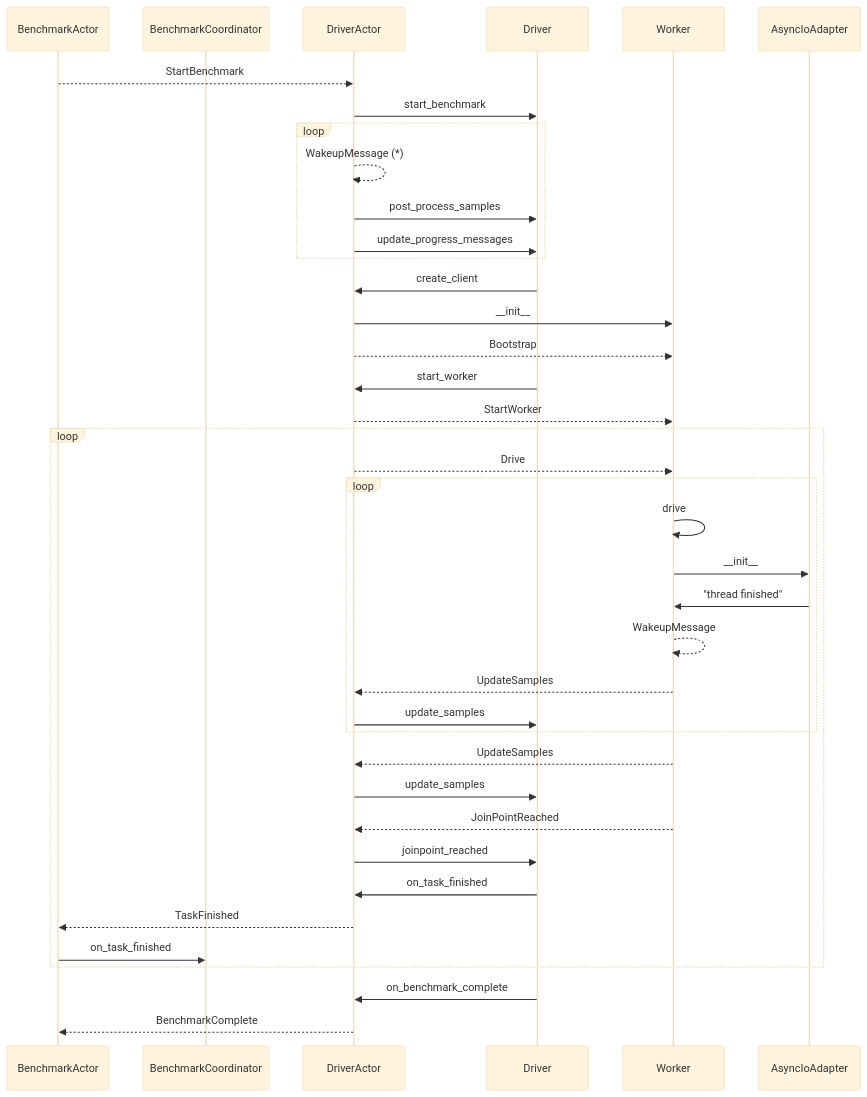
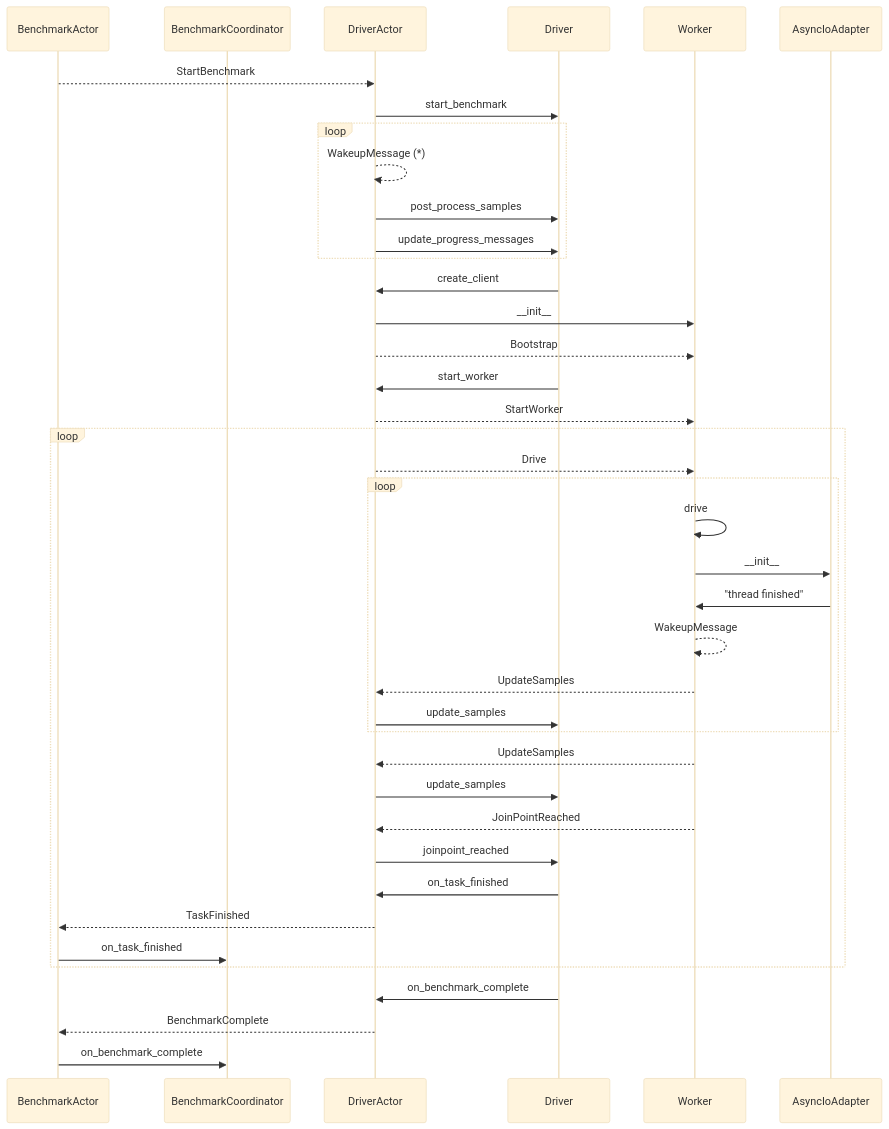
One commit to elastic/rally changed the second of 2 diagrams in docs/architecture/actor_system.md. Above: the diagram before and after it, drawn with Mermaid (base theme). The commit also changed other lines of this file, not shown here.

Commit message:
Add missing BenchmarkCoordinator methods

````diff
--- a/docs/architecture/actor_system.md
+++ b/docs/architecture/actor_system.md
@@ -98,37 +99,38 @@
 ```mermaid
 sequenceDiagram
     participant BenchmarkActor
     participant BenchmarkCoordinator
     BenchmarkActor -->> DriverActor: StartBenchmark
     DriverActor ->> Driver: start_benchmark
     loop
         DriverActor -->> DriverActor: WakeupMessage (*)
         DriverActor ->> Driver: post_process_samples
         DriverActor ->> Driver: update_progress_messages
     end
     Driver ->> DriverActor: create_client
     DriverActor ->> Worker: __init__
     DriverActor -->> Worker: Bootstrap
     Driver ->> DriverActor: start_worker
     DriverActor -->> Worker: StartWorker
     loop
         DriverActor -->> Worker: Drive
         loop
             Worker ->> Worker: drive
             Worker ->> AsyncIoAdapter: __init__
             AsyncIoAdapter ->> Worker: "thread finished"
             Worker -->> Worker: WakeupMessage
             Worker -->> DriverActor: UpdateSamples
             DriverActor ->> Driver: update_samples
         end
         Worker -->> DriverActor: UpdateSamples
         DriverActor ->> Driver: update_samples
         Worker -->> DriverActor: JoinPointReached
         DriverActor ->> Driver: joinpoint_reached
         Driver ->> DriverActor: on_task_finished
         DriverActor -->> BenchmarkActor: TaskFinished
         BenchmarkActor ->> BenchmarkCoordinator: on_task_finished
     end
     Driver ->> DriverActor: on_benchmark_complete
     DriverActor -->> BenchmarkActor: BenchmarkComplete
+    BenchmarkActor ->> BenchmarkCoordinator: on_benchmark_complete
 ```
````
